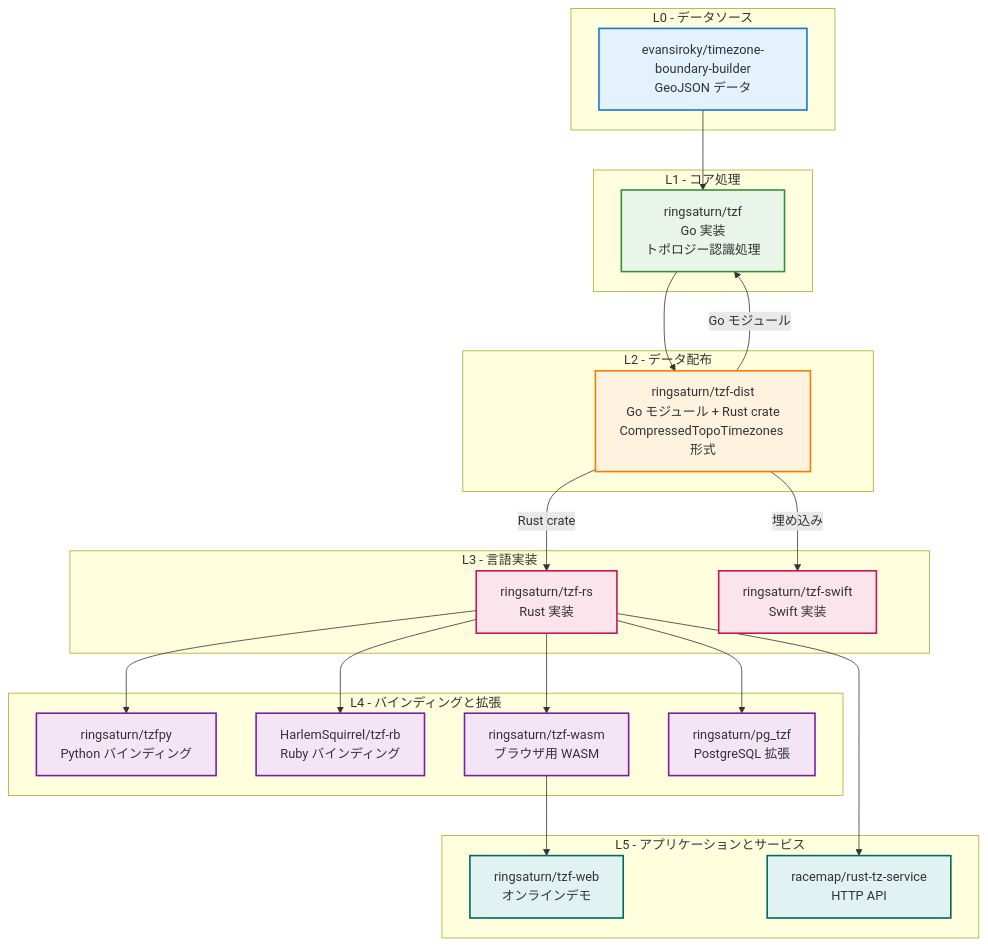
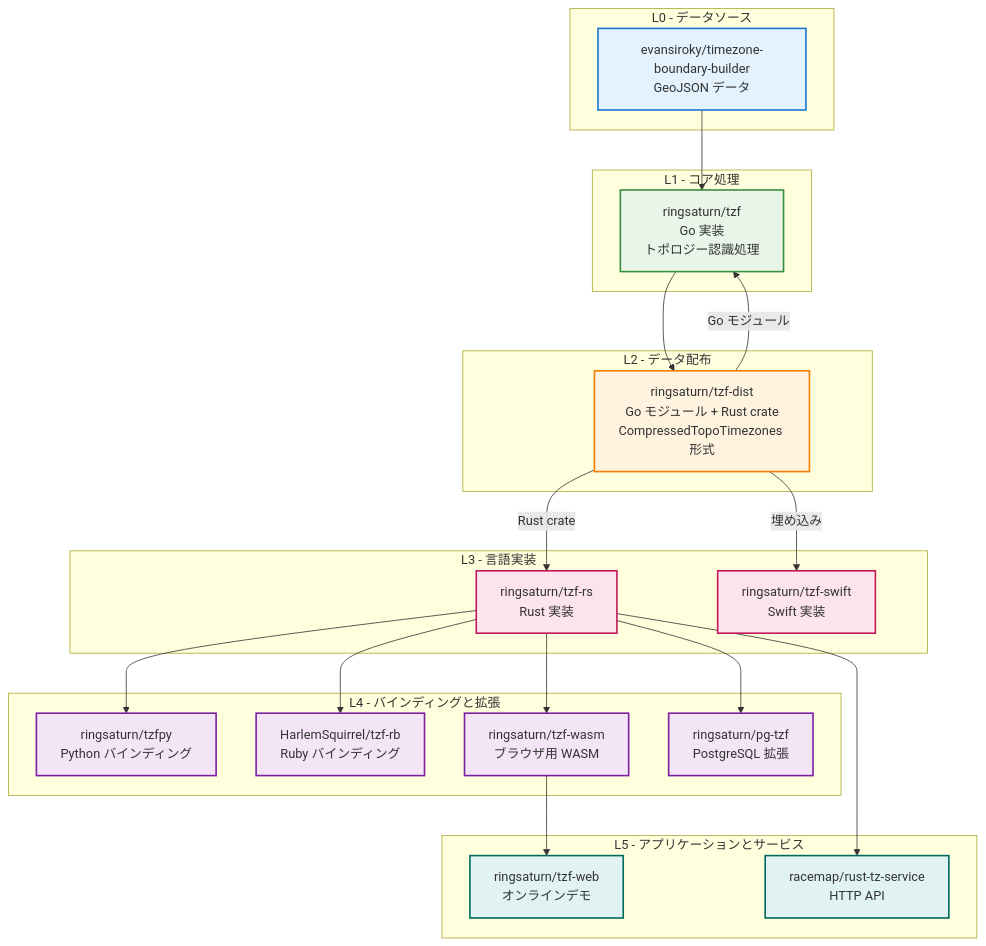
One commit to ringsaturn/project-tzf changed the diagram in content/docs/reference/ecosystem.ja.md. Above: the diagram before and after it, drawn with Mermaid. The commit also changed other lines of this file and 23 other files, not shown here.

````diff
--- a/content/docs/reference/ecosystem.ja.md
+++ b/content/docs/reference/ecosystem.ja.md
@@ -16,72 +16,72 @@
 ```mermaid
 %%{init: {"flowchart": {"htmlLabels": true}, "theme": "default"}}%%
 graph TD
     %% L0 - データソース
     subgraph L0["L0 - データソース"]
         GeoJSON[evansiroky/timezone-boundary-builder<br/>GeoJSON データ]
     end
 
     %% L1 - コア処理
     subgraph L1["L1 - コア処理"]
         TZF[ringsaturn/tzf<br/>Go 実装<br/>トポロジー認識処理]
     end
 
     %% L2 - データ配布
     subgraph L2["L2 - データ配布"]
         TZF_DIST[ringsaturn/tzf-dist<br/>Go モジュール + Rust crate<br/>CompressedTopoTimezones 形式]
     end
 
     %% L3 - 言語実装
     subgraph L3["L3 - 言語実装"]
         TZF_RS[ringsaturn/tzf-rs<br/>Rust 実装]
         TZF_SWIFT[ringsaturn/tzf-swift<br/>Swift 実装]
     end
 
     %% L4 - 言語バインディングと拡張
     subgraph L4["L4 - バインディングと拡張"]
         TZFPY[ringsaturn/tzfpy<br/>Python バインディング]
         TZF_RB[HarlemSquirrel/tzf-rb<br/>Ruby バインディング]
         TZF_WASM[ringsaturn/tzf-wasm<br/>ブラウザ用 WASM]
-        PG_TZF[ringsaturn/pg_tzf<br/>PostgreSQL 拡張]
+        PG_TZF[ringsaturn/pg-tzf<br/>PostgreSQL 拡張]
     end
 
     %% L5 - アプリケーションとサービス
     subgraph L5["L5 - アプリケーションとサービス"]
         TZF_WEB[ringsaturn/tzf-web<br/>オンラインデモ]
         RUST_TZ_SERVICE[racemap/rust-tz-service<br/>HTTP API]
     end
 
     %% データフロー
     GeoJSON --> TZF
     TZF --> TZF_DIST
 
     %% Go は tzf-dist を直接使用
     TZF_DIST --> |Go モジュール| TZF
     TZF_DIST --> |Rust crate| TZF_RS
     TZF_DIST --> |埋め込み| TZF_SWIFT
 
     %% Rust エコシステム
     TZF_RS --> TZFPY
     TZF_RS --> TZF_RB
     TZF_RS --> TZF_WASM
     TZF_RS --> PG_TZF
     TZF_RS --> RUST_TZ_SERVICE
 
     %% Web アプリケーション
     TZF_WASM --> TZF_WEB
 
     %% スタイル
     classDef l0 fill:#e3f2fd,stroke:#1976d2,stroke-width:2px
     classDef l1 fill:#e8f5e8,stroke:#388e3c,stroke-width:2px
     classDef l2 fill:#fff3e0,stroke:#f57c00,stroke-width:2px
     classDef l3 fill:#fce4ec,stroke:#c2185b,stroke-width:2px
     classDef l4 fill:#f3e5f5,stroke:#7b1fa2,stroke-width:2px
     classDef l5 fill:#e0f2f1,stroke:#00695c,stroke-width:2px
 
     class GeoJSON l0
     class TZF l1
     class TZF_DIST l2
     class TZF_RS,TZF_SWIFT l3
     class TZFPY,TZF_RB,TZF_WASM,PG_TZF l4
     class TZF_WEB,RUST_TZ_SERVICE l5
 ```
````
